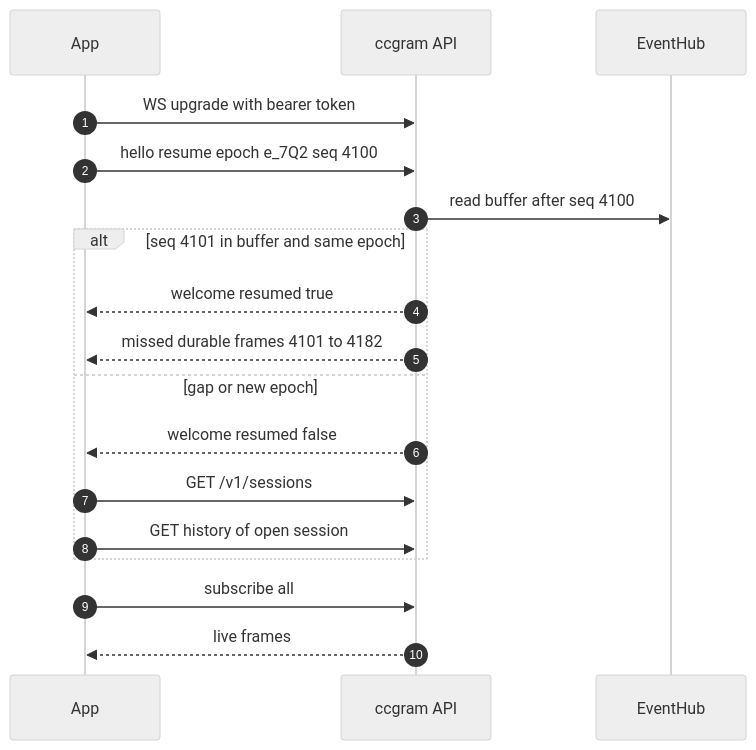
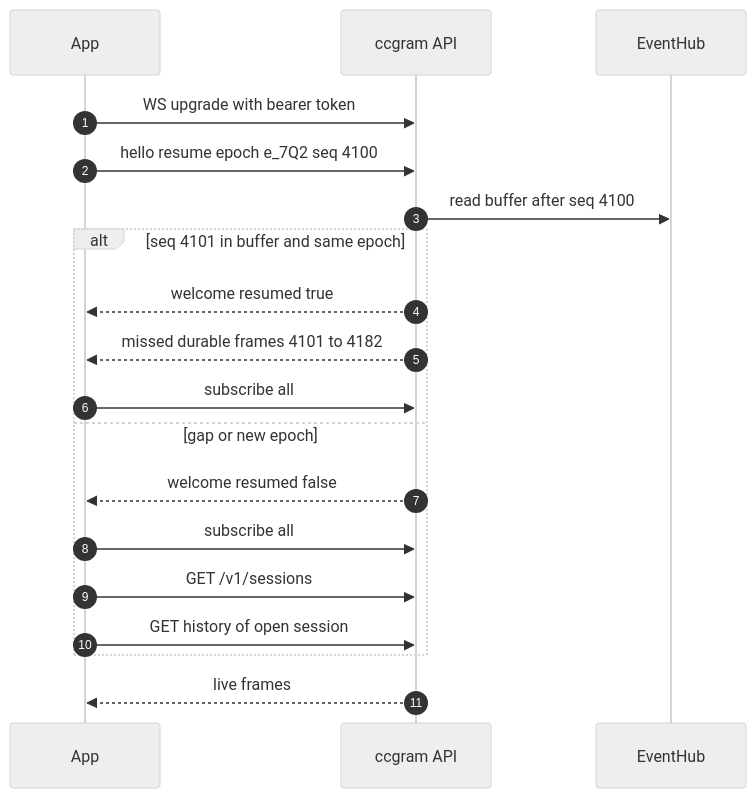
The fifth of 7 diagrams in docs/architecture-design/2026-10-20-session-protocol.md (Exzentttt/ccgram), drawn with Mermaid before and after one commit. The commit also changed other lines of this file and 142 other files, not shown here.

````diff
--- a/docs/architecture-design/2026-10-20-session-protocol.md
+++ b/docs/architecture-design/2026-10-20-session-protocol.md
@@ -639,21 +639,22 @@
 ```mermaid
 %%{init: {"theme": "neutral"}}%%
 sequenceDiagram
     autonumber
     participant App
     participant API as ccgram API
     participant Hub as EventHub
     App->>API: WS upgrade with bearer token
     App->>API: hello resume epoch e_7Q2 seq 4100
     API->>Hub: read buffer after seq 4100
     alt seq 4101 in buffer and same epoch
         API-->>App: welcome resumed true
         API-->>App: missed durable frames 4101 to 4182
+        App->>API: subscribe all
     else gap or new epoch
         API-->>App: welcome resumed false
+        App->>API: subscribe all
         App->>API: GET /v1/sessions
         App->>API: GET history of open session
     end
-    App->>API: subscribe all
     API-->>App: live frames
 ```
````
